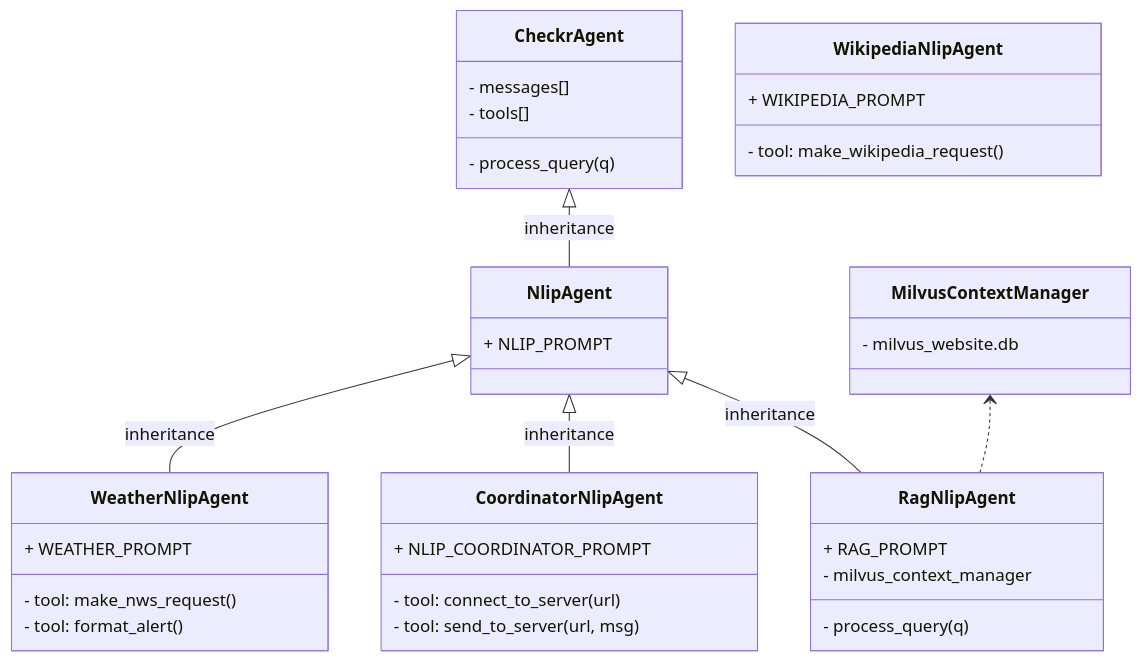
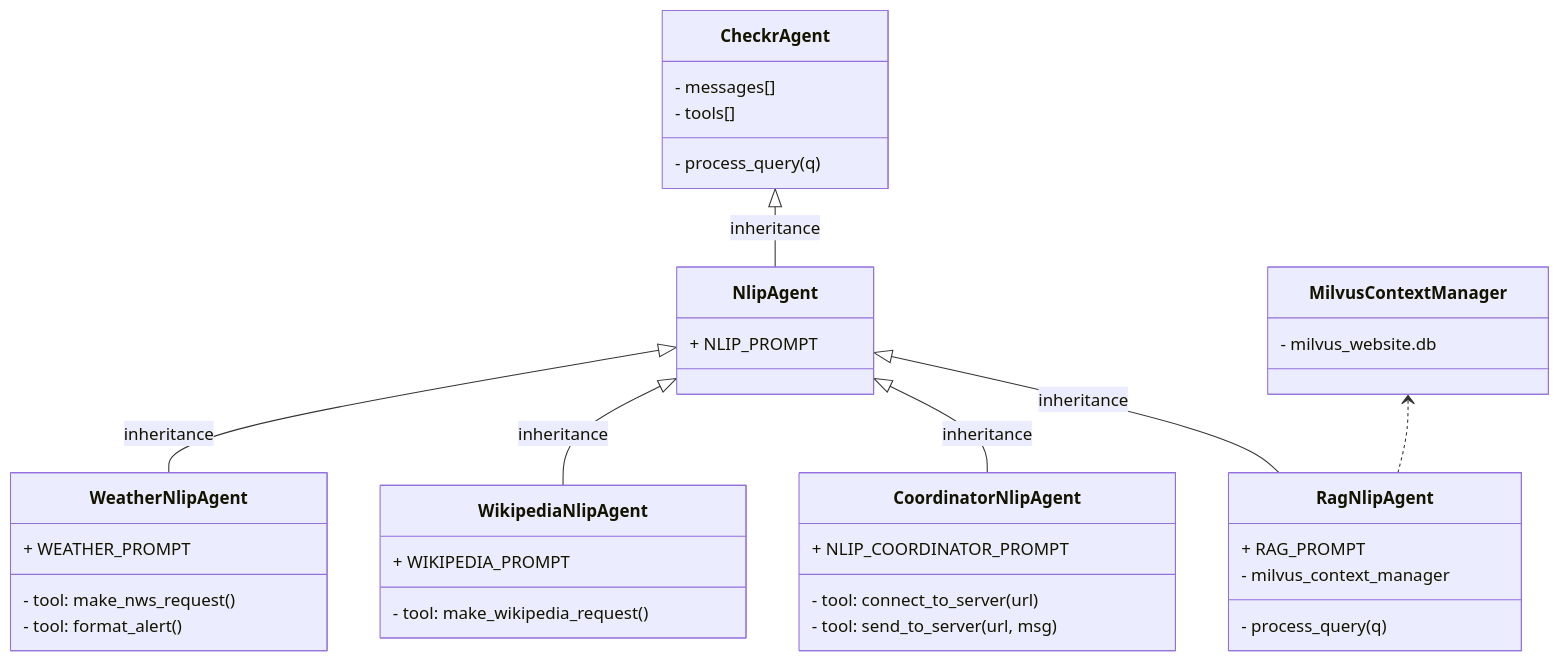
One commit to sheffler/checkr-agents changed the diagram in checkr_agents/agents/README.md. Above: the diagram before and after it, drawn with Mermaid.

Commit message:
Wikipedia!

````diff
--- a/checkr_agents/agents/README.md
+++ b/checkr_agents/agents/README.md
@@ -18,48 +18,49 @@
 ``` mermaid
 
 classDiagram
 direction TB
     class CheckrAgent {
 	    - messages[]
 	    - tools[]
 	    - process_query(q)
     }
 
     class NlipAgent {
 	    + NLIP_PROMPT
     }
 
     class WeatherNlipAgent {
 	    + WEATHER_PROMPT
 	    - tool: make_nws_request()
 	    - tool: format_alert()
     }
 
     class WikipediaNlipAgent {
 	    + WIKIPEDIA_PROMPT
 	    - tool: make_wikipedia_request()
     }
 
     class CoordinatorNlipAgent {
 	    + NLIP_COORDINATOR_PROMPT
 	    - tool: connect_to_server(url)
 	    - tool: send_to_server(url, msg)
     }
 
     class RagNlipAgent {
 	    + RAG_PROMPT
 	    - milvus_context_manager
 	    - process_query(q)
     }
 
     class MilvusContextManager {
 	    - milvus_website.db
     }
 
     CheckrAgent <|-- NlipAgent : inheritance
     NlipAgent <|-- WeatherNlipAgent : inheritance
+    NlipAgent <|-- WikipediaNlipAgent : inheritance
     NlipAgent <|-- CoordinatorNlipAgent : inheritance
     NlipAgent <|-- RagNlipAgent : inheritance
     MilvusContextManager <.. RagNlipAgent
 
 ```
````
